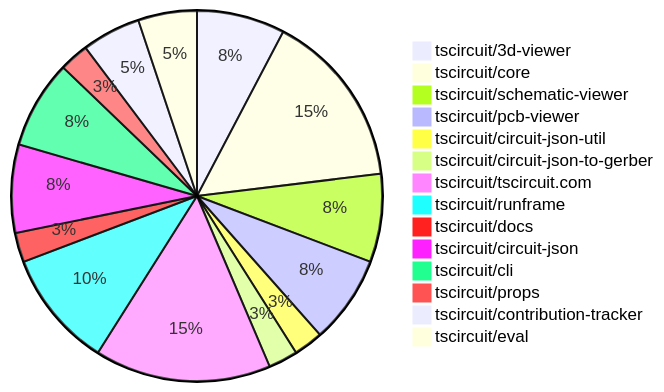
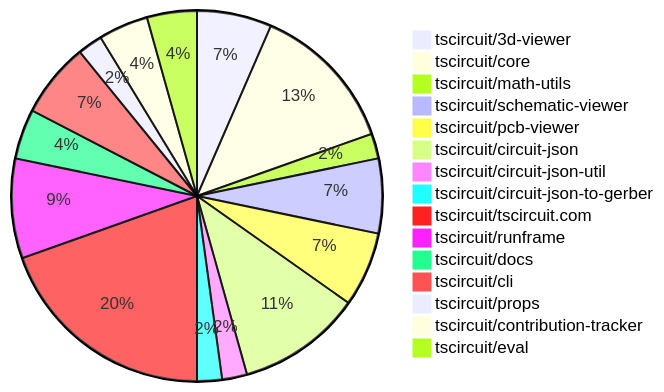
One commit to tscircuit/contribution-tracker changed the diagram in README.md. Above: the diagram before and after it, drawn with Mermaid. The commit also changed other lines of this file and 3 other files, not shown here.

````diff
--- a/README.md
+++ b/README.md
@@ -24,17 +24,18 @@
 ```mermaid
 pie
     "tscircuit/3d-viewer" : 3
     "tscircuit/core" : 6
+    "tscircuit/math-utils" : 1
     "tscircuit/schematic-viewer" : 3
     "tscircuit/pcb-viewer" : 3
+    "tscircuit/circuit-json" : 5
     "tscircuit/circuit-json-util" : 1
     "tscircuit/circuit-json-to-gerber" : 1
-    "tscircuit/tscircuit.com" : 6
+    "tscircuit/tscircuit.com" : 9
     "tscircuit/runframe" : 4
-    "tscircuit/docs" : 1
-    "tscircuit/circuit-json" : 3
+    "tscircuit/docs" : 2
     "tscircuit/cli" : 3
     "tscircuit/props" : 1
     "tscircuit/contribution-tracker" : 2
     "tscircuit/eval" : 2
 ```
````
